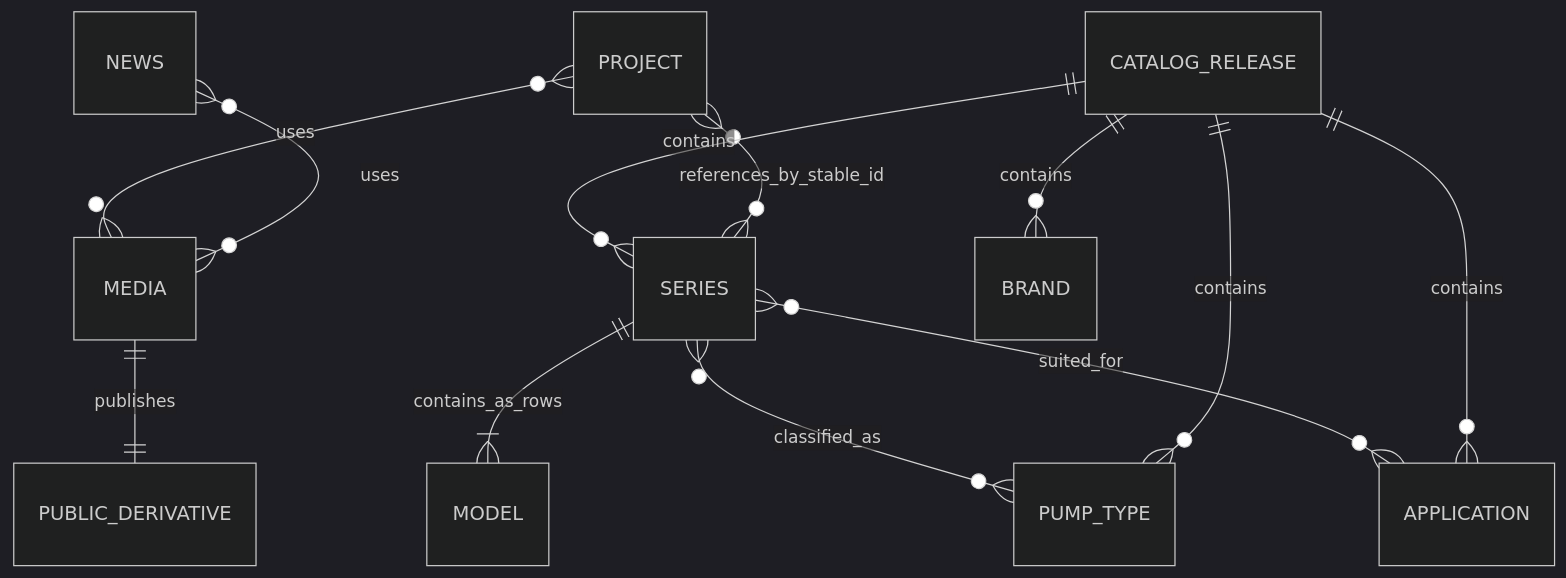
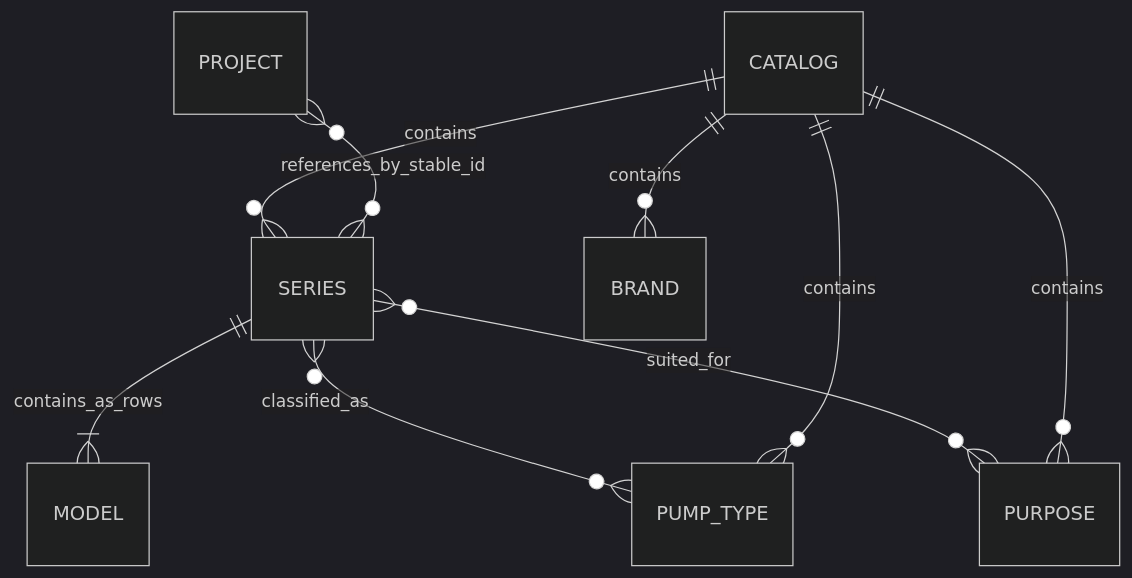
One commit to fred831226/JP-website changed the third of 3 diagrams in _bmad-output/planning-artifacts/architecture/architecture-JP-Website-2026-07-21/ARCHITECTURE-SPINE.md. Above: the diagram before and after it, drawn with Mermaid (dark theme). The commit also changed other lines of this file and 23 other files, not shown here.

````diff
--- a/_bmad-output/planning-artifacts/architecture/architecture-JP-Website-2026-07-21/ARCHITECTURE-SPINE.md
+++ b/_bmad-output/planning-artifacts/architecture/architecture-JP-Website-2026-07-21/ARCHITECTURE-SPINE.md
@@ -245,14 +256,11 @@
 ```mermaid
 erDiagram
-  NEWS }o--o{ MEDIA : uses
-  PROJECT }o--o{ MEDIA : uses
   PROJECT }o--o{ SERIES : references_by_stable_id
-  CATALOG_RELEASE ||--o{ BRAND : contains
-  CATALOG_RELEASE ||--o{ PUMP_TYPE : contains
-  CATALOG_RELEASE ||--o{ APPLICATION : contains
-  CATALOG_RELEASE ||--o{ SERIES : contains
+  CATALOG ||--o{ BRAND : contains
+  CATALOG ||--o{ PUMP_TYPE : contains
+  CATALOG ||--o{ PURPOSE : contains
+  CATALOG ||--o{ SERIES : contains
   SERIES ||--|{ MODEL : contains_as_rows
   SERIES }o--o{ PUMP_TYPE : classified_as
-  SERIES }o--o{ APPLICATION : suited_for
-  MEDIA ||--|| PUBLIC_DERIVATIVE : publishes
+  SERIES }o--o{ PURPOSE : suited_for
 ```
````
